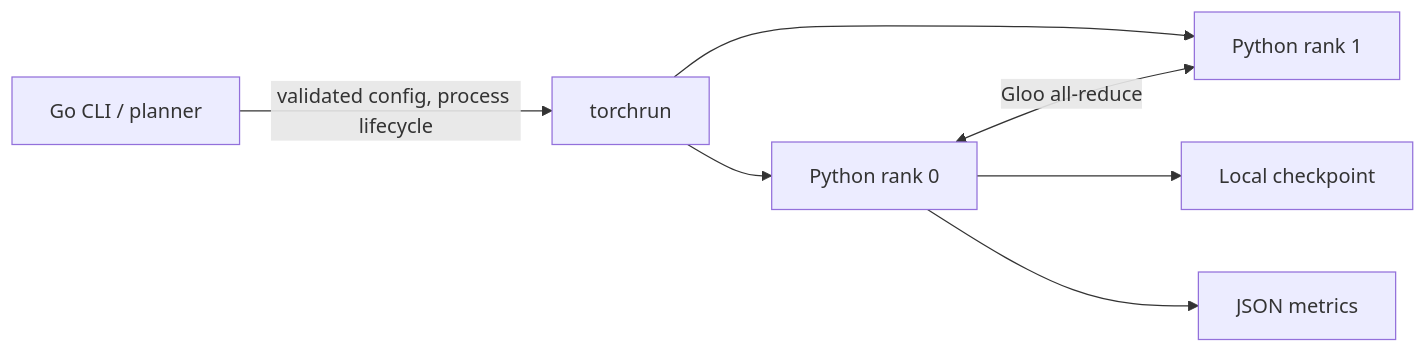
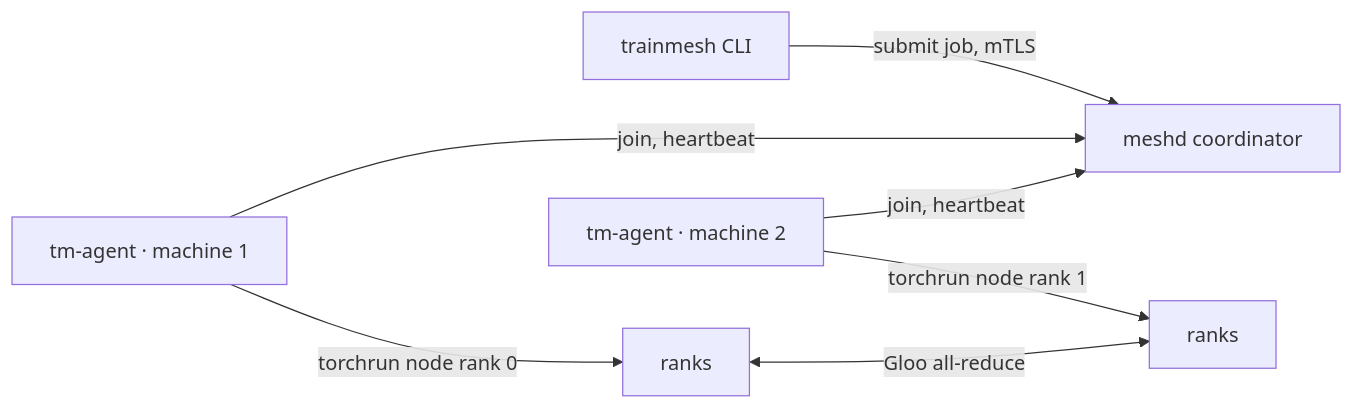
One commit to kunalavghade/TrainMesh changed the diagram in README.md. Above: the diagram before and after it, drawn with Mermaid. The commit also changed other lines of this file and 59 other files, not shown here.

First line of the commit message:
Phase 1: LAN mesh — meshd, tm-agent, mTLS, jobs across machines (#3)

````diff
--- a/README.md
+++ b/README.md
@@ -7,9 +7,9 @@
 ```mermaid
 flowchart LR
-  CLI[Go CLI / planner] -->|validated config, process lifecycle| Launcher[torchrun]
-  Launcher --> R0[Python rank 0]
-  Launcher --> R1[Python rank 1]
+  CLI[trainmesh CLI] -->|submit job, mTLS| M[meshd coordinator]
+  A1[tm-agent · machine 1] -->|join, heartbeat| M
+  A2[tm-agent · machine 2] -->|join, heartbeat| M
+  A1 -->|torchrun node rank 0| R0[ranks]
+  A2 -->|torchrun node rank 1| R1[ranks]
   R0 <-->|Gloo all-reduce| R1
-  R0 --> Checkpoint[Local checkpoint]
-  R0 --> Metrics[JSON metrics]
 ```
````
